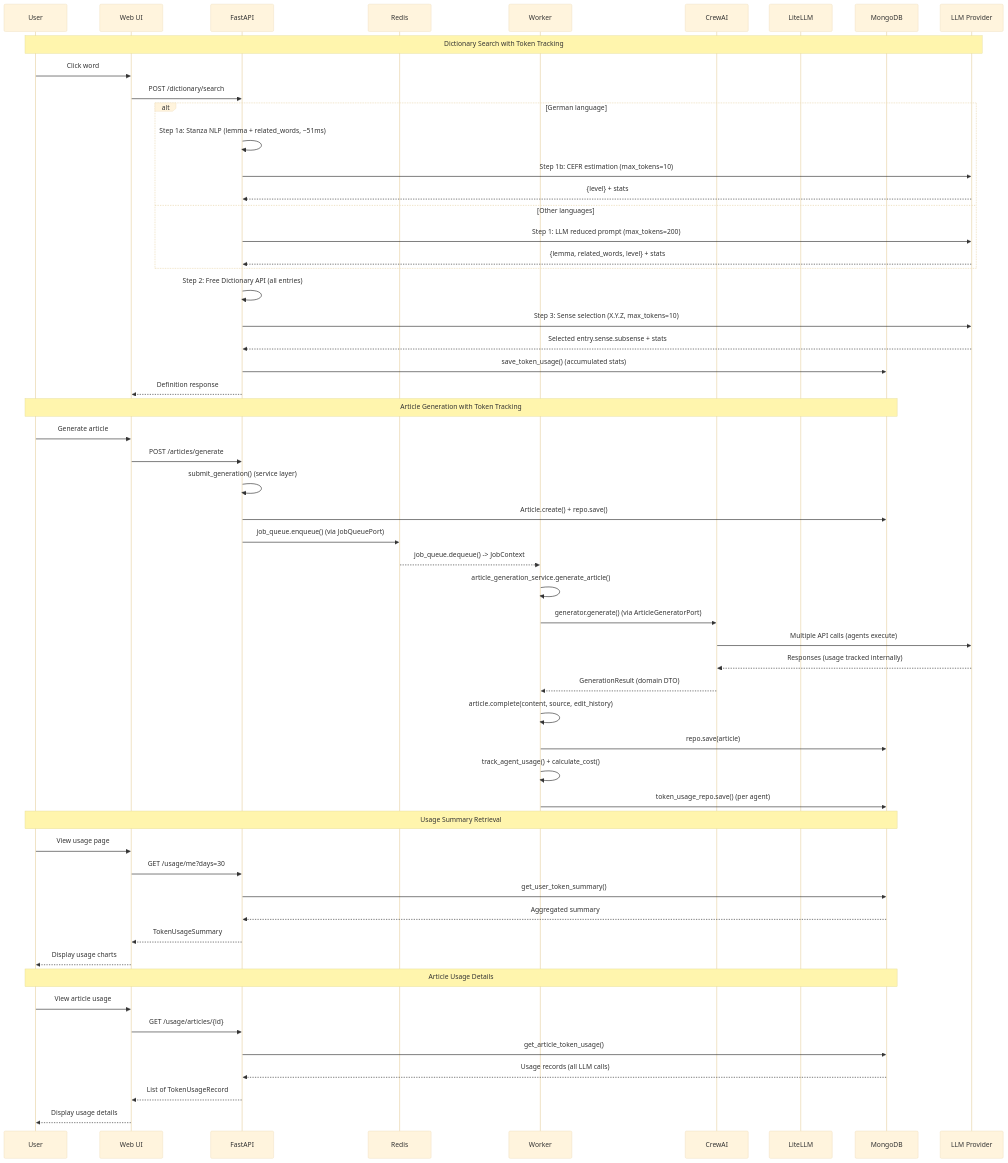
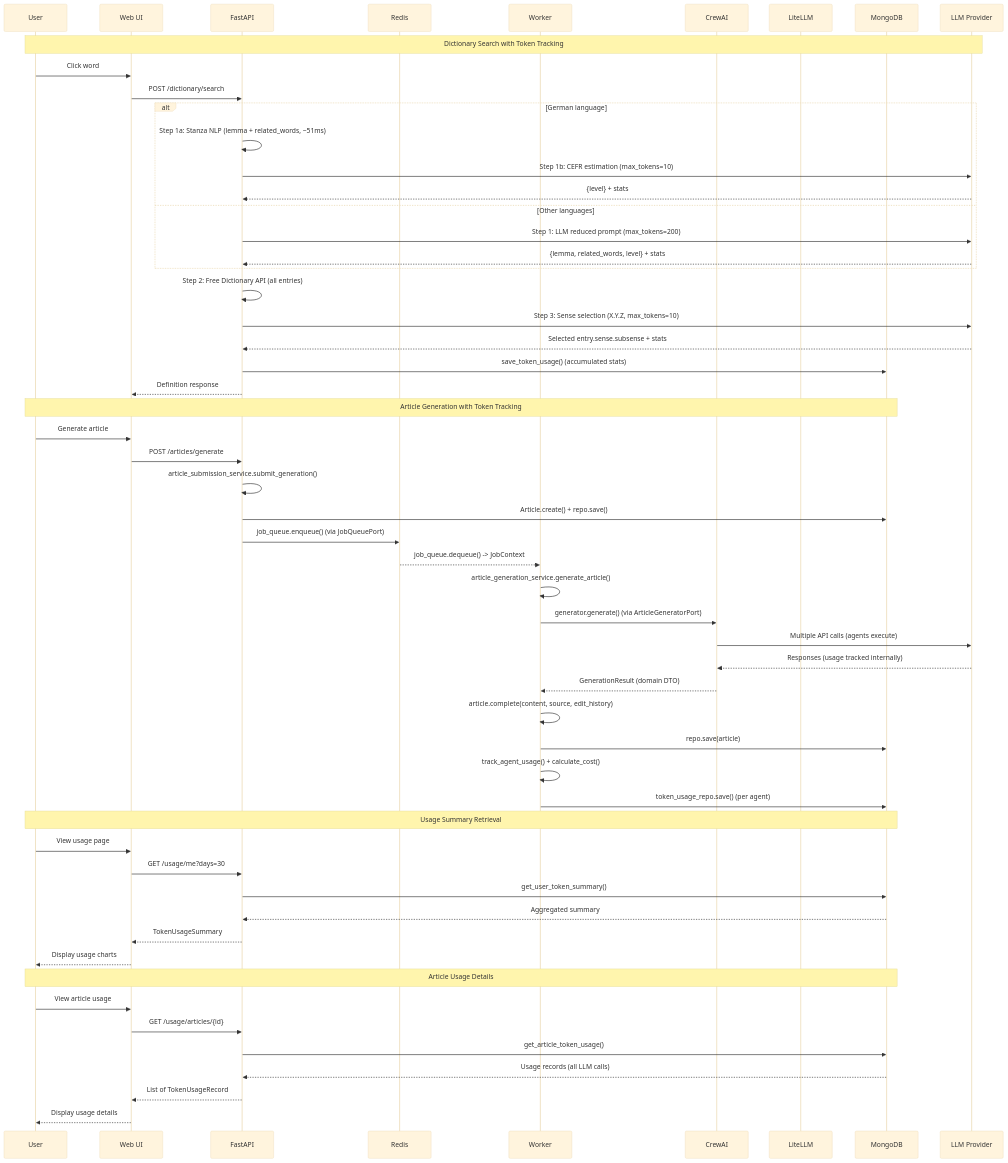
Before and after one commit to seung-gu/opad: the fourth of 7 diagrams in docs/ARCHITECTURE.md, drawn with Mermaid (base theme). The commit also changed other lines of this file and 5 other files, not shown here.

First line of the commit message:
docs: Update architecture docs, add interactive diagram, bump to 0.18.0

````diff
--- a/docs/ARCHITECTURE.md
+++ b/docs/ARCHITECTURE.md
@@ -1181,64 +770,64 @@
 ```mermaid
 sequenceDiagram
     participant User
     participant WebUI as Web UI
     participant API as FastAPI
     participant Redis
     participant Worker
     participant CrewAI
     participant LiteLLM
     participant MongoDB
     participant LLM as LLM Provider
 
     Note over User,LLM: Dictionary Search with Token Tracking
     User->>WebUI: Click word
     WebUI->>API: POST /dictionary/search
 
     alt German language
         API->>API: Step 1a: Stanza NLP (lemma + related_words, ~51ms)
         API->>LLM: Step 1b: CEFR estimation (max_tokens=10)
         LLM-->>API: {level} + stats
     else Other languages
         API->>LLM: Step 1: LLM reduced prompt (max_tokens=200)
         LLM-->>API: {lemma, related_words, level} + stats
     end
 
     API->>API: Step 2: Free Dictionary API (all entries)
     API->>LLM: Step 3: Sense selection (X.Y.Z, max_tokens=10)
     LLM-->>API: Selected entry.sense.subsense + stats
     API->>MongoDB: save_token_usage() (accumulated stats)
     API-->>WebUI: Definition response
 
     Note over User,MongoDB: Article Generation with Token Tracking
     User->>WebUI: Generate article
     WebUI->>API: POST /articles/generate
-    API->>API: submit_generation() (service layer)
+    API->>API: article_submission_service.submit_generation()
     API->>MongoDB: Article.create() + repo.save()
     API->>Redis: job_queue.enqueue() (via JobQueuePort)
     Redis-->>Worker: job_queue.dequeue() -> JobContext
     Worker->>Worker: article_generation_service.generate_article()
     Worker->>CrewAI: generator.generate() (via ArticleGeneratorPort)
     CrewAI->>LLM: Multiple API calls (agents execute)
     LLM-->>CrewAI: Responses (usage tracked internally)
     CrewAI-->>Worker: GenerationResult (domain DTO)
     Worker->>Worker: article.complete(content, source, edit_history)
     Worker->>MongoDB: repo.save(article)
     Worker->>Worker: track_agent_usage() + calculate_cost()
     Worker->>MongoDB: token_usage_repo.save() (per agent)
 
     Note over User,MongoDB: Usage Summary Retrieval
     User->>WebUI: View usage page
     WebUI->>API: GET /usage/me?days=30
     API->>MongoDB: get_user_token_summary()
     MongoDB-->>API: Aggregated summary
     API-->>WebUI: TokenUsageSummary
     WebUI-->>User: Display usage charts
 
     Note over User,MongoDB: Article Usage Details
     User->>WebUI: View article usage
     WebUI->>API: GET /usage/articles/{id}
     API->>MongoDB: get_article_token_usage()
     MongoDB-->>API: Usage records (all LLM calls)
     API-->>WebUI: List of TokenUsageRecord
     WebUI-->>User: Display usage details
 ```
````
